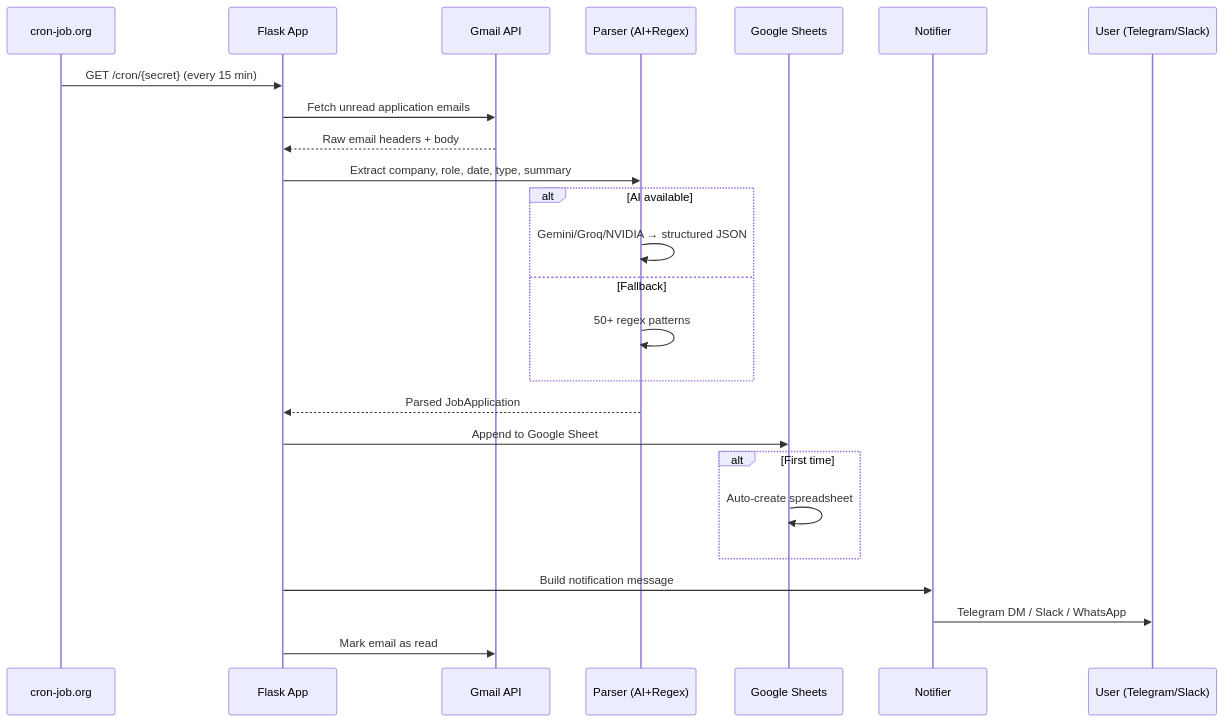
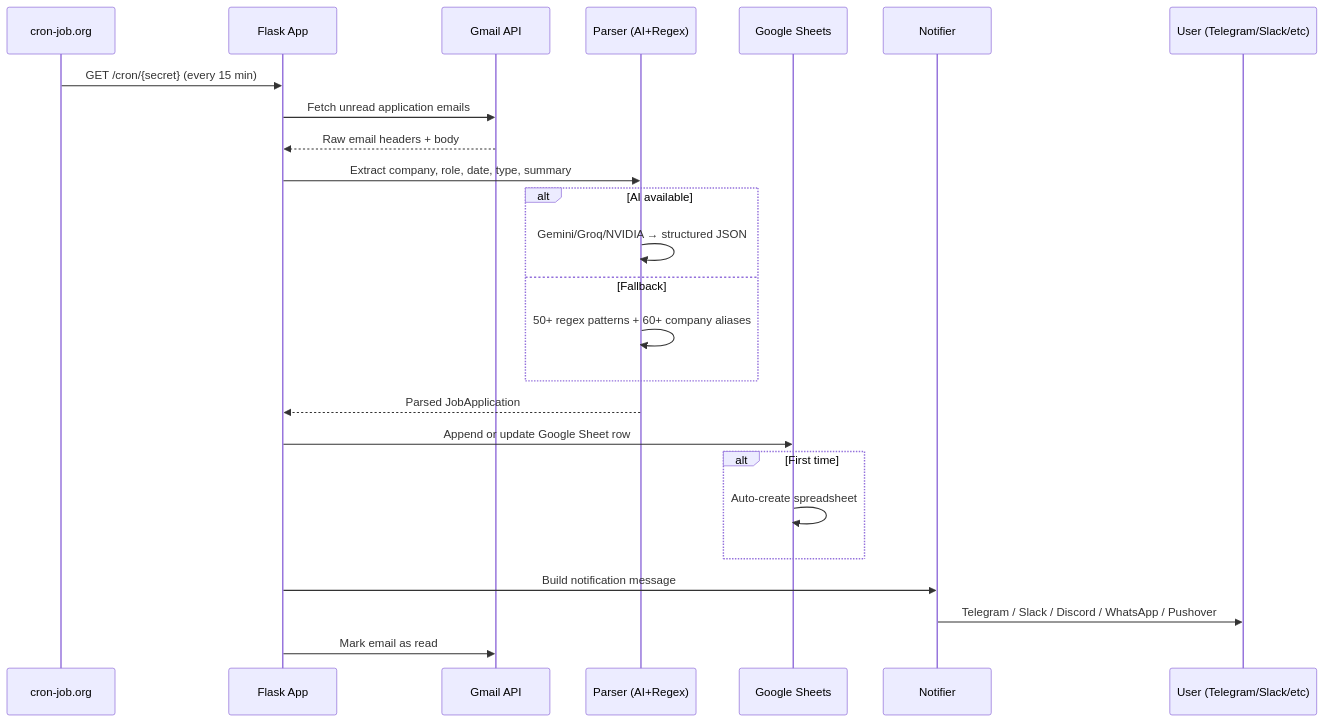
Before and after one commit to SachinKumarChaudhary/job-application-tracker: the diagram in README.md, drawn with Mermaid. The commit also changed other lines of this file and 16 other files, not shown here.

First line of the commit message:
docs: update README and PROJECT_REFERENCE to reflect current architecture

````diff
--- a/README.md
+++ b/README.md
@@ -23,28 +23,28 @@
 ```mermaid
 sequenceDiagram
     participant C as cron-job.org
     participant F as Flask App
     participant G as Gmail API
     participant P as Parser (AI+Regex)
     participant S as Google Sheets
     participant N as Notifier
-    participant U as User (Telegram/Slack)
+    participant U as User (Telegram/Slack/etc)
 
     C->>F: GET /cron/{secret} (every 15 min)
     F->>G: Fetch unread application emails
     G-->>F: Raw email headers + body
     F->>P: Extract company, role, date, type, summary
     alt AI available
         P->>P: Gemini/Groq/NVIDIA → structured JSON
     else Fallback
-        P->>P: 50+ regex patterns
+        P->>P: 50+ regex patterns + 60+ company aliases
     end
     P-->>F: Parsed JobApplication
-    F->>S: Append to Google Sheet
+    F->>S: Append or update Google Sheet row
     alt First time
         S->>S: Auto-create spreadsheet
     end
     F->>N: Build notification message
-    N->>U: Telegram DM / Slack / WhatsApp
+    N->>U: Telegram / Slack / Discord / WhatsApp / Pushover
     F->>G: Mark email as read
 ```
````
